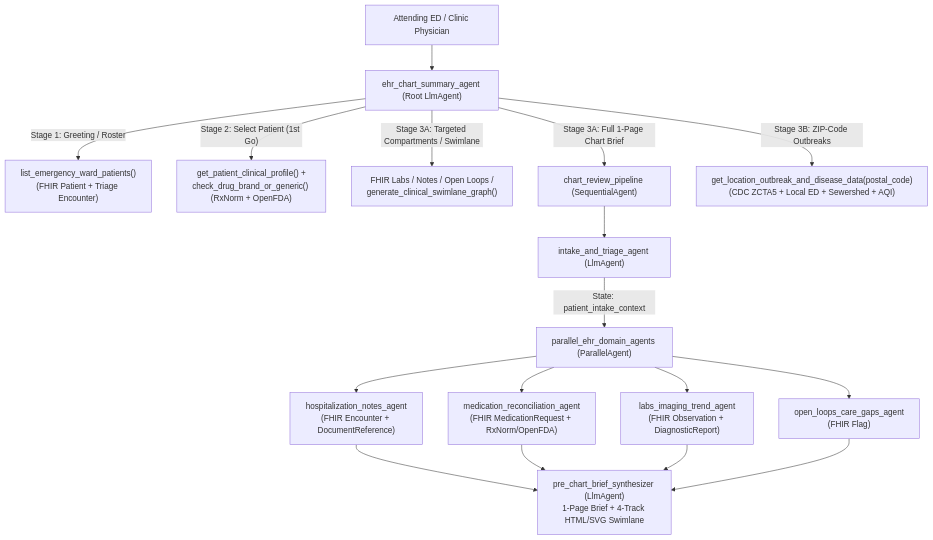
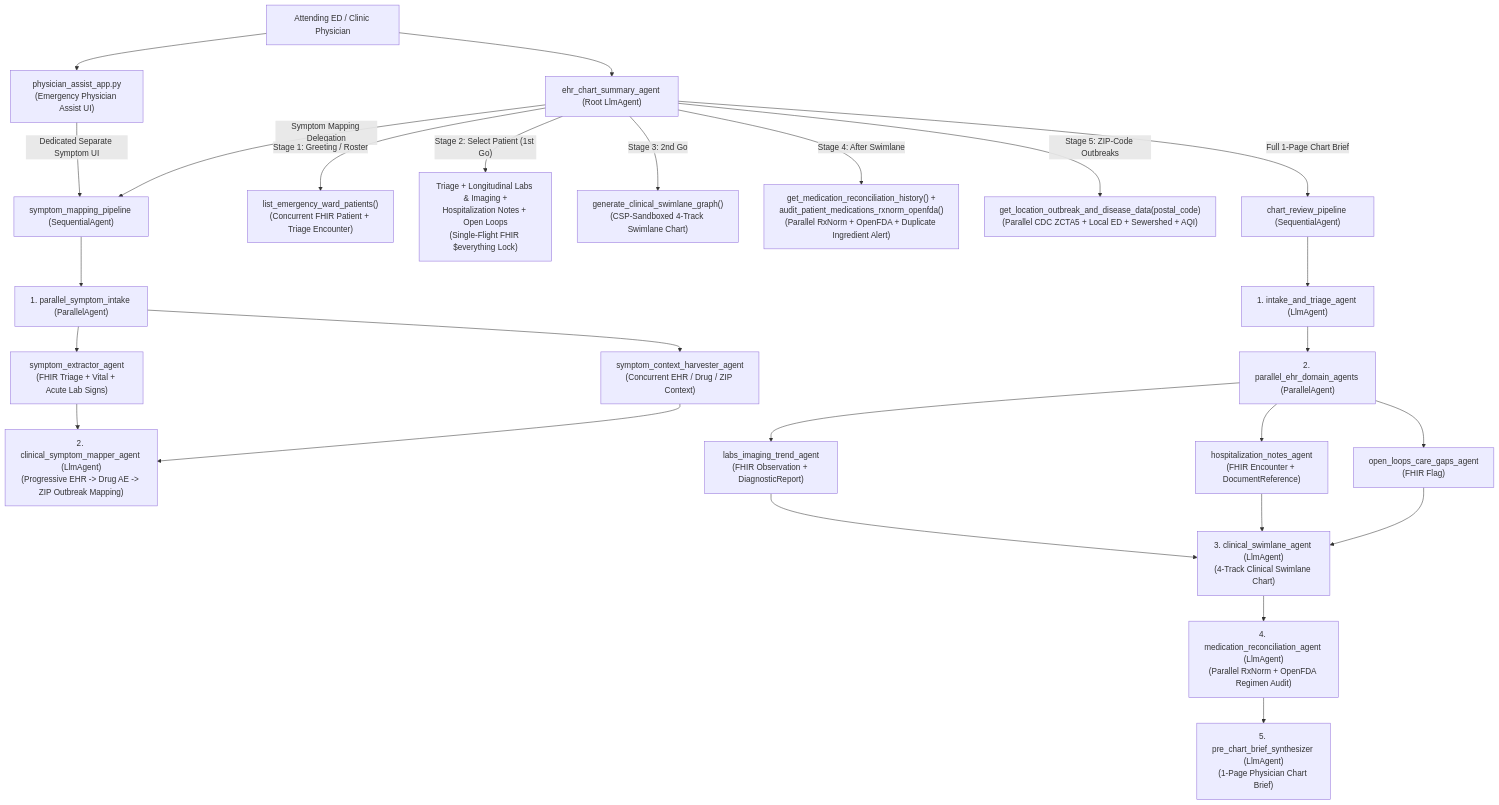
Before and after one commit to Sivaram0606/AI-PhysicianSupport: the diagram in README.md, drawn with Mermaid. The commit also changed other lines of this file and 24 other files, not shown here.

Commit message:
Add Emergency Physician Assist UI, Symptom Mapping agents, and efficiency & security hardening

````diff
--- a/README.md
+++ b/README.md
@@ -22,20 +31,30 @@
 ```mermaid
 graph TD
-    Physician["Attending ED / Clinic Physician"] --> Root["ehr_chart_summary_agent (Root LlmAgent)"]
+    Physician["Attending ED / Clinic Physician"] --> UI["physician_assist_app.py\n(Emergency Physician Assist UI)"]
+    Physician --> Root["ehr_chart_summary_agent (Root LlmAgent)"]
 
-    Root -->|"Stage 1: Greeting / Roster"| WardList["list_emergency_ward_patients()\n(FHIR Patient + Triage Encounter)"]
-    Root -->|"Stage 2: Select Patient (1st Go)"| MedAudit["get_patient_clinical_profile() +\ncheck_drug_brand_or_generic() (RxNorm + OpenFDA)"]
-    Root -->|"Stage 3A: Targeted Compartments / Swimlane"| Compartments["FHIR Labs / Notes / Open Loops /\ngenerate_clinical_swimlane_graph()"]
-    Root -->|"Stage 3A: Full 1-Page Chart Brief"| Pipeline["chart_review_pipeline (SequentialAgent)"]
-    Root -->|"Stage 3B: ZIP-Code Outbreaks"| ZipSurv["get_location_outbreak_and_disease_data(postal_code)\n(CDC ZCTA5 + Local ED + Sewershed + AQI)"]
+    UI -->|"Dedicated Separate Symptom UI"| SymPipe["symptom_mapping_pipeline (SequentialAgent)"]
+    Root -->|"Symptom Mapping Delegation"| SymPipe
+    SymPipe --> SymPar["1. parallel_symptom_intake (ParallelAgent)"]
+    SymPar --> SymExt["symptom_extractor_agent\n(FHIR Triage + Vital + Acute Lab Signs)"]
+    SymPar --> SymCtx["symptom_context_harvester_agent\n(Concurrent EHR / Drug / ZIP Context)"]
+    SymExt & SymCtx --> SymMap["2. clinical_symptom_mapper_agent (LlmAgent)\n(Progressive EHR -> Drug AE -> ZIP Outbreak Mapping)"]
 
-    Pipeline --> S1["intake_and_triage_agent (LlmAgent)"]
-    S1 -->|"State: patient_intake_context"| S2["parallel_ehr_domain_agents (ParallelAgent)"]
+    Root -->|"Stage 1: Greeting / Roster"| WardList["list_emergency_ward_patients()\n(Concurrent FHIR Patient + Triage Encounter)"]
+    Root -->|"Stage 2: Select Patient (1st Go)"| Compartments["Triage + Longitudinal Labs & Imaging +\nHospitalization Notes + Open Loops\n(Single-Flight FHIR $everything Lock)"]
+    Root -->|"Stage 3: 2nd Go"| Swimlane["generate_clinical_swimlane_graph()\n(CSP-Sandboxed 4-Track Swimlane Chart)"]
+    Root -->|"Stage 4: After Swimlane"| MedAudit["get_medication_reconciliation_history() +\naudit_patient_medications_rxnorm_openfda()\n(Parallel RxNorm + OpenFDA + Duplicate Ingredient Alert)"]
+    Root -->|"Stage 5: ZIP-Code Outbreaks"| ZipSurv["get_location_outbreak_and_disease_data(postal_code)\n(Parallel CDC ZCTA5 + Local ED + Sewershed + AQI)"]
+    Root -->|"Full 1-Page Chart Brief"| Pipeline["chart_review_pipeline (SequentialAgent)"]
 
-    S2 --> D1["hospitalization_notes_agent\n(FHIR Encounter + DocumentReference)"]
-    S2 --> D2["medication_reconciliation_agent\n(FHIR MedicationRequest + RxNorm/OpenFDA)"]
-    S2 --> D3["labs_imaging_trend_agent\n(FHIR Observation + DiagnosticReport)"]
-    S2 --> D4["open_loops_care_gaps_agent\n(FHIR Flag)"]
+    Pipeline --> S1["1. intake_and_triage_agent (LlmAgent)"]
+    S1 --> S2["2. parallel_ehr_domain_agents (ParallelAgent)"]
 
-    D1 & D2 & D3 & D4 --> S3["pre_chart_brief_synthesizer (LlmAgent)\n1-Page Brief + 4-Track HTML/SVG Swimlane"]
+    S2 --> D1["labs_imaging_trend_agent\n(FHIR Observation + DiagnosticReport)"]
+    S2 --> D2["hospitalization_notes_agent\n(FHIR Encounter + DocumentReference)"]
+    S2 --> D3["open_loops_care_gaps_agent\n(FHIR Flag)"]
+
+    D1 & D2 & D3 --> S3["3. clinical_swimlane_agent (LlmAgent)\n(4-Track Clinical Swimlane Chart)"]
+    S3 --> S4["4. medication_reconciliation_agent (LlmAgent)\n(Parallel RxNorm + OpenFDA Regimen Audit)"]
+    S4 --> S5["5. pre_chart_brief_synthesizer (LlmAgent)\n(1-Page Physician Chart Brief)"]
 ```
````
